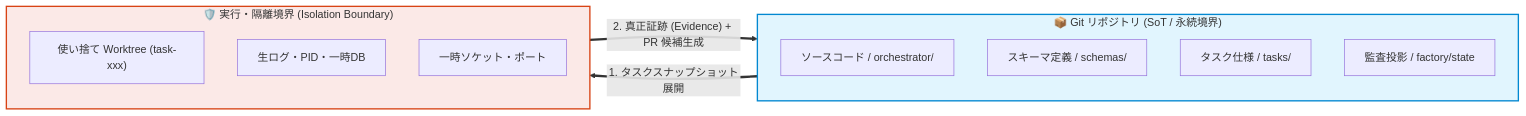
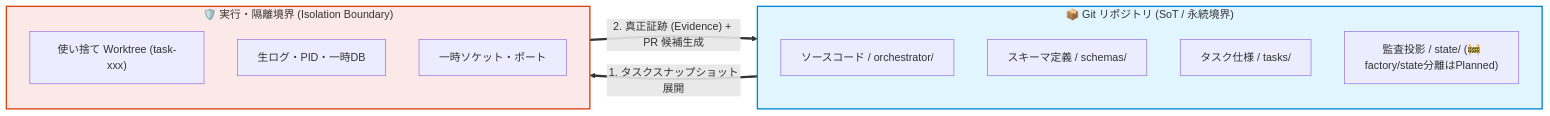
The second of 3 diagrams in ARCHITECTURE.md (moruku36/ai-engineering-factory), drawn with Mermaid before and after one commit. The commit also changed other lines of this file and 21 other files, not shown here.

First line of the commit message:
docs: sync README/OPERATIONS/PROJECT_STATE/ARCHITECTURE with current implementation (#20)

````diff
--- a/ARCHITECTURE.md
+++ b/ARCHITECTURE.md
@@ -117,23 +134,23 @@
 ```mermaid
 graph LR
     subgraph Repo["📦 Git リポジトリ (SoT / 永続境界)"]
         direction TB
         Code["ソースコード / orchestrator/"]
         Schemas["スキーマ定義 / schemas/"]
         TaskDefs["タスク仕様 / tasks/"]
-        Audit["監査投影 / factory/state"]
+        Audit["監査投影 / state/ (🚧factory/state分離はPlanned)"]
     end
 
     subgraph Boundary["🛡️ 実行・隔離境界 (Isolation Boundary)"]
         direction TB
         WT["使い捨て Worktree (task-xxx)"]
         Logs["生ログ・PID・一時DB"]
         Sockets["一時ソケット・ポート"]
     end
 
     Repo == "1. タスクスナップショット展開" ==> Boundary
     Boundary == "2. 真正証跡 (Evidence) + PR 候補生成" ==> Repo
 
     style Repo fill:#e1f5fe,stroke:#0288d1,stroke-width:2px;
     style Boundary fill:#fbe9e7,stroke:#d84315,stroke-width:2px;
 ```
````
